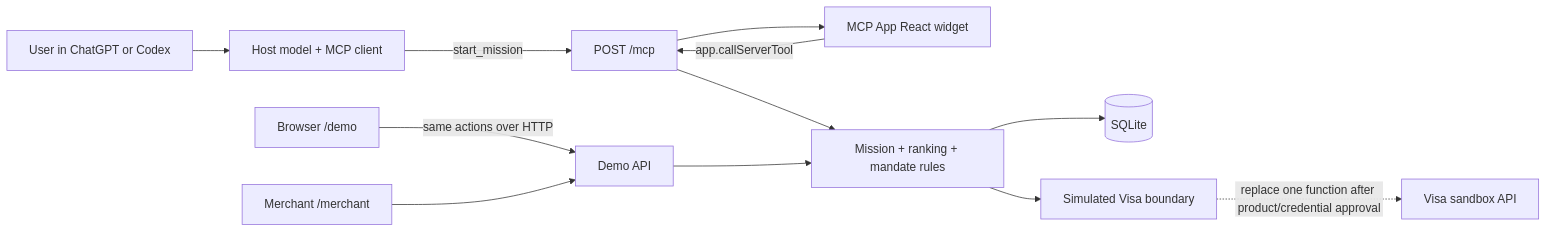
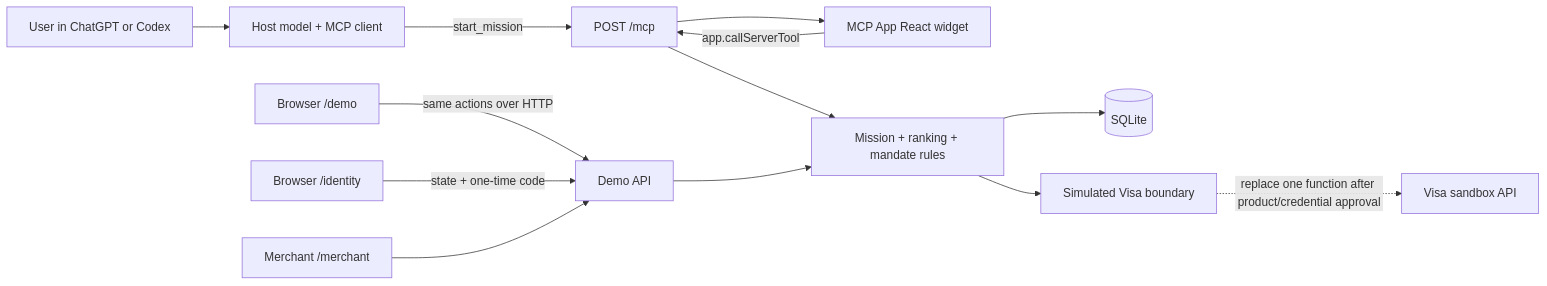
One commit to Ducksss/LifeHack-2026 changed the first of 2 diagrams in docs/architecture.md. Above: the diagram before and after it, drawn with Mermaid. The commit also changed other lines of this file and 71 other files, not shown here.

````diff
--- a/docs/architecture.md
+++ b/docs/architecture.md
@@ -7,17 +7,18 @@
 ```mermaid
 flowchart LR
   User[User in ChatGPT or Codex] --> Host[Host model + MCP client]
   Host -->|start_mission| MCP[POST /mcp]
   MCP --> Widget[MCP App React widget]
   Widget -->|app.callServerTool| MCP
 
   Demo[Browser /demo] -->|same actions over HTTP| API[Demo API]
+  Identity[Browser /identity] -->|state + one-time code| API
   Merchant[Merchant /merchant] --> API
 
   MCP --> Domain[Mission + ranking + mandate rules]
   API --> Domain
   Domain --> DB[(SQLite)]
   Domain --> Rail[Simulated Visa boundary]
 
   Rail -. replace one function after product/credential approval .-> Visa[Visa sandbox API]
 ```
````
